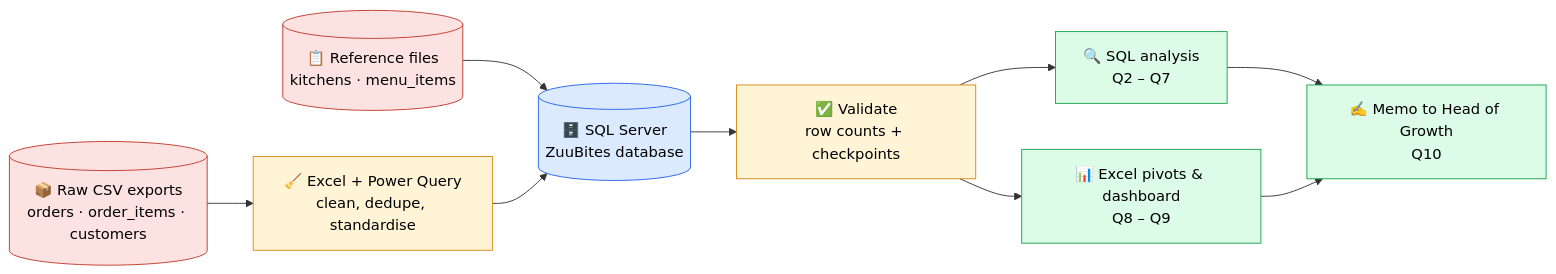
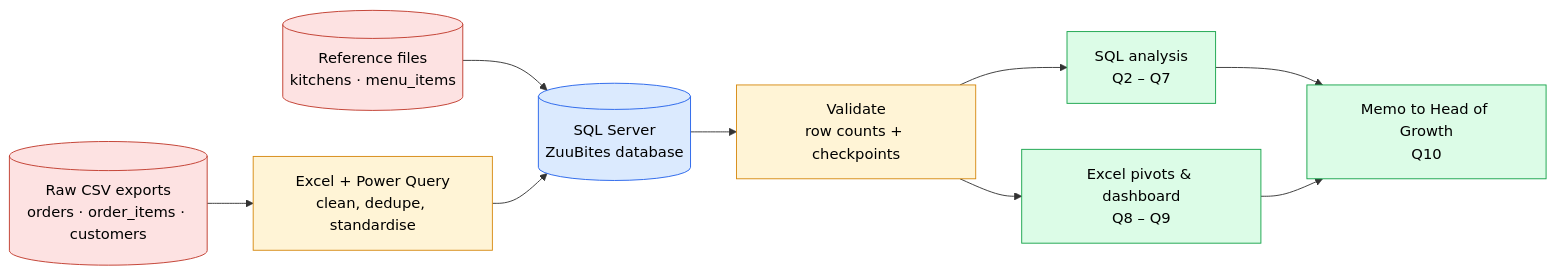
The first of 8 diagrams in README.md (D-Arundethie/zuubites-excel-sql-capstone), drawn with Mermaid before and after one commit. The commit also changed other lines of this file, not shown here.

````diff
--- a/README.md
+++ b/README.md
@@ -34,20 +34,20 @@
 ```mermaid
 flowchart LR
-    A[("📦 Raw CSV exports<br/>orders · order_items · customers")] --> B["🧹 Excel + Power Query<br/>clean, dedupe, standardise"]
-    R[("📋 Reference files<br/>kitchens · menu_items")] --> C
-    B --> C[("🗄️ SQL Server<br/>ZuuBites database")]
-    C --> D["✅ Validate<br/>row counts + checkpoints"]
-    D --> E["🔍 SQL analysis<br/>Q2 – Q7"]
-    D --> F["📊 Excel pivots & dashboard<br/>Q8 – Q9"]
-    E --> G["✍️ Memo to Head of Growth<br/>Q10"]
+    A[("Raw CSV exports<br/>orders · order_items · customers")] --> B["Excel + Power Query<br/>clean, dedupe, standardise"]
+    R[("Reference files<br/>kitchens · menu_items")] --> C
+    B --> C[("SQL Server<br/>ZuuBites database")]
+    C --> D["Validate<br/>row counts + checkpoints"]
+    D --> E["SQL analysis<br/>Q2 – Q7"]
+    D --> F["Excel pivots & dashboard<br/>Q8 – Q9"]
+    E --> G["Memo to Head of Growth<br/>Q10"]
     F --> G
 
     classDef raw fill:#fde2e2,stroke:#c0392b,color:#000
     classDef work fill:#fff4d6,stroke:#d68910,color:#000
     classDef db fill:#dbeafe,stroke:#2563eb,color:#000
     classDef out fill:#dcfce7,stroke:#16a34a,color:#000
     class A,R raw
     class B,D work
     class C db
     class E,F,G out
 ```
````
